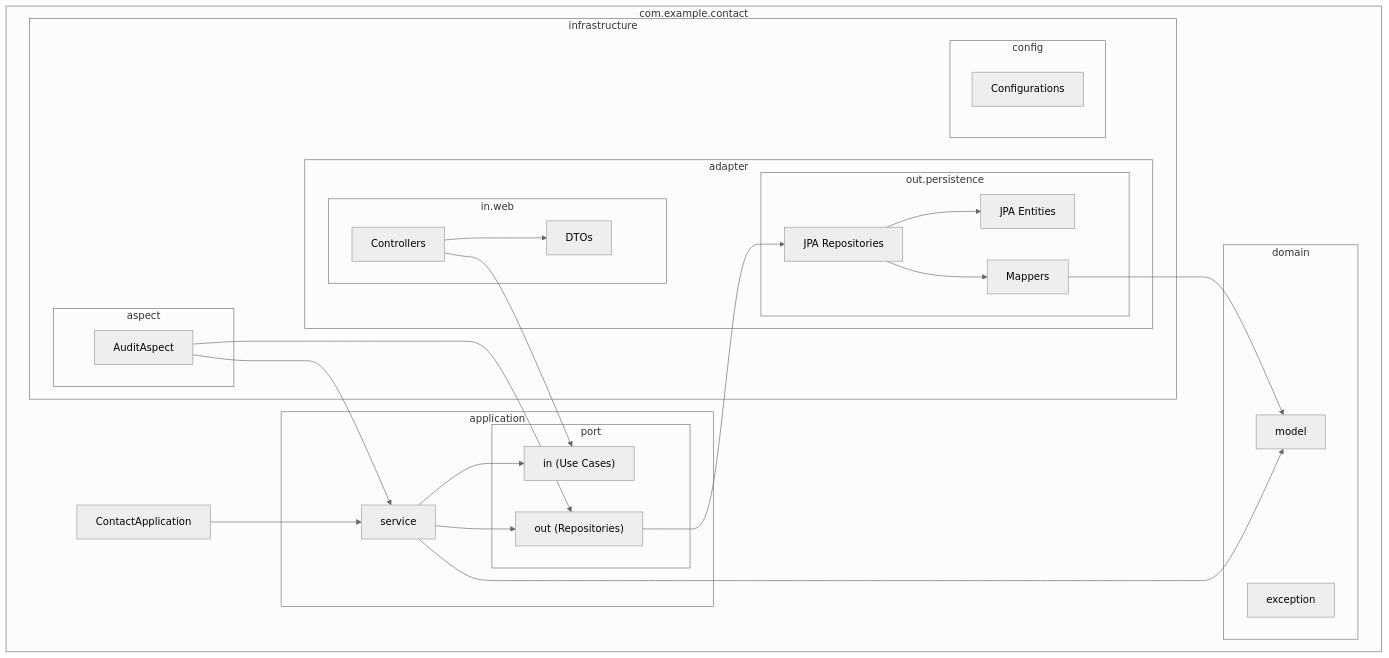
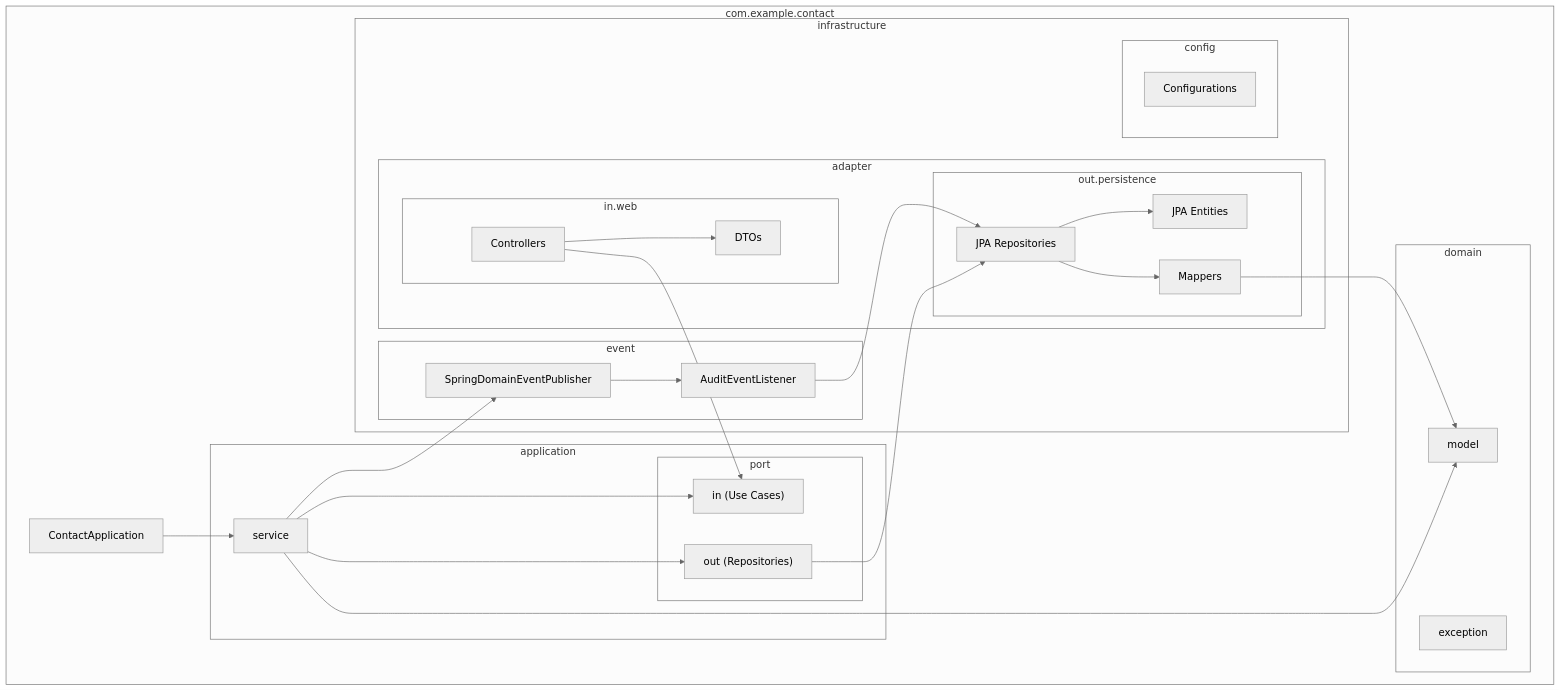
One commit to ChunPingWang/aop-poc changed the second of 6 diagrams in README.md. Above: the diagram before and after it, drawn with Mermaid (neutral theme). The commit also changed other lines of this file and 2 other files, not shown here.

First line of the commit message:
docs: 更新文件反映 Domain Events 架構與依賴規則

````diff
--- a/README.md
+++ b/README.md
@@ -112,55 +154,57 @@
 ```mermaid
 graph TD
     subgraph "com.example.contact"
         APP["ContactApplication"]
 
         subgraph "domain"
             DM["model"]
             DE["exception"]
         end
 
         subgraph "application"
             AS["service"]
             subgraph "port"
                 PI["in (Use Cases)"]
                 PO["out (Repositories)"]
             end
         end
 
         subgraph "infrastructure"
             subgraph "adapter"
                 subgraph "in.web"
                     CTRL["Controllers"]
                     DTO["DTOs"]
                 end
                 subgraph "out.persistence"
                     REPO["JPA Repositories"]
                     ENTITY["JPA Entities"]
                     MAPPER["Mappers"]
                 end
             end
-            subgraph "aspect"
-                ASPECT["AuditAspect"]
+            subgraph "event"
+                EVTPUB["SpringDomainEventPublisher"]
+                EVTLIS["AuditEventListener"]
             end
             subgraph "config"
                 CONFIG["Configurations"]
             end
         end
     end
 
     APP --> AS
     AS --> PI
     AS --> PO
     AS --> DM
 
     CTRL --> PI
     CTRL --> DTO
 
     PO --> REPO
     REPO --> ENTITY
     REPO --> MAPPER
     MAPPER --> DM
 
-    ASPECT --> PO
-    ASPECT --> AS
+    AS --> EVTPUB
+    EVTPUB --> EVTLIS
+    EVTLIS --> REPO
 ```
````
